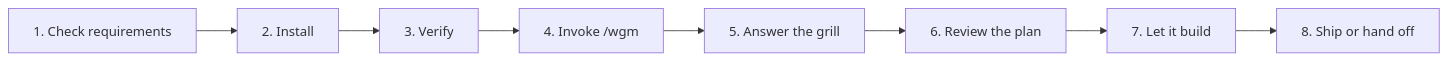
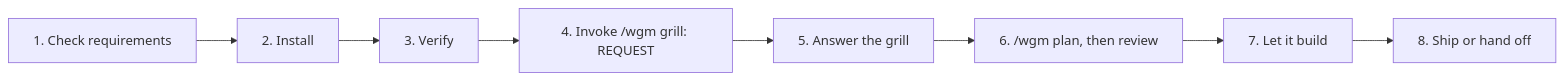
Before and after one commit to agent-frontier/wgm: the diagram in docs/get-started/README.md, drawn with Mermaid. The commit also changed other lines of this file and 32 other files, not shown here.

````diff
--- a/docs/get-started/README.md
+++ b/docs/get-started/README.md
@@ -20,10 +20,10 @@
 ```mermaid
 flowchart LR
   R[1. Check requirements] --> I[2. Install]
   I --> V[3. Verify]
-  V --> B["4. Invoke /wgm"]
+  V --> B["4. Invoke /wgm grill: REQUEST"]
   B --> G[5. Answer the grill]
-  G --> P[6. Review the plan]
+  G --> P["6. /wgm plan, then review"]
   P --> L[7. Let it build]
   L --> S[8. Ship or hand off]
 ```
````
